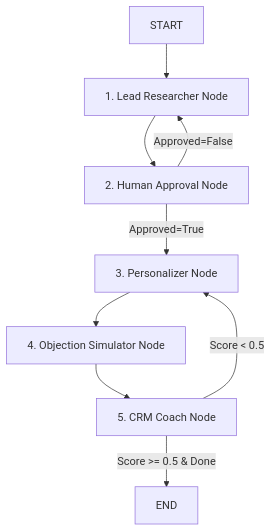
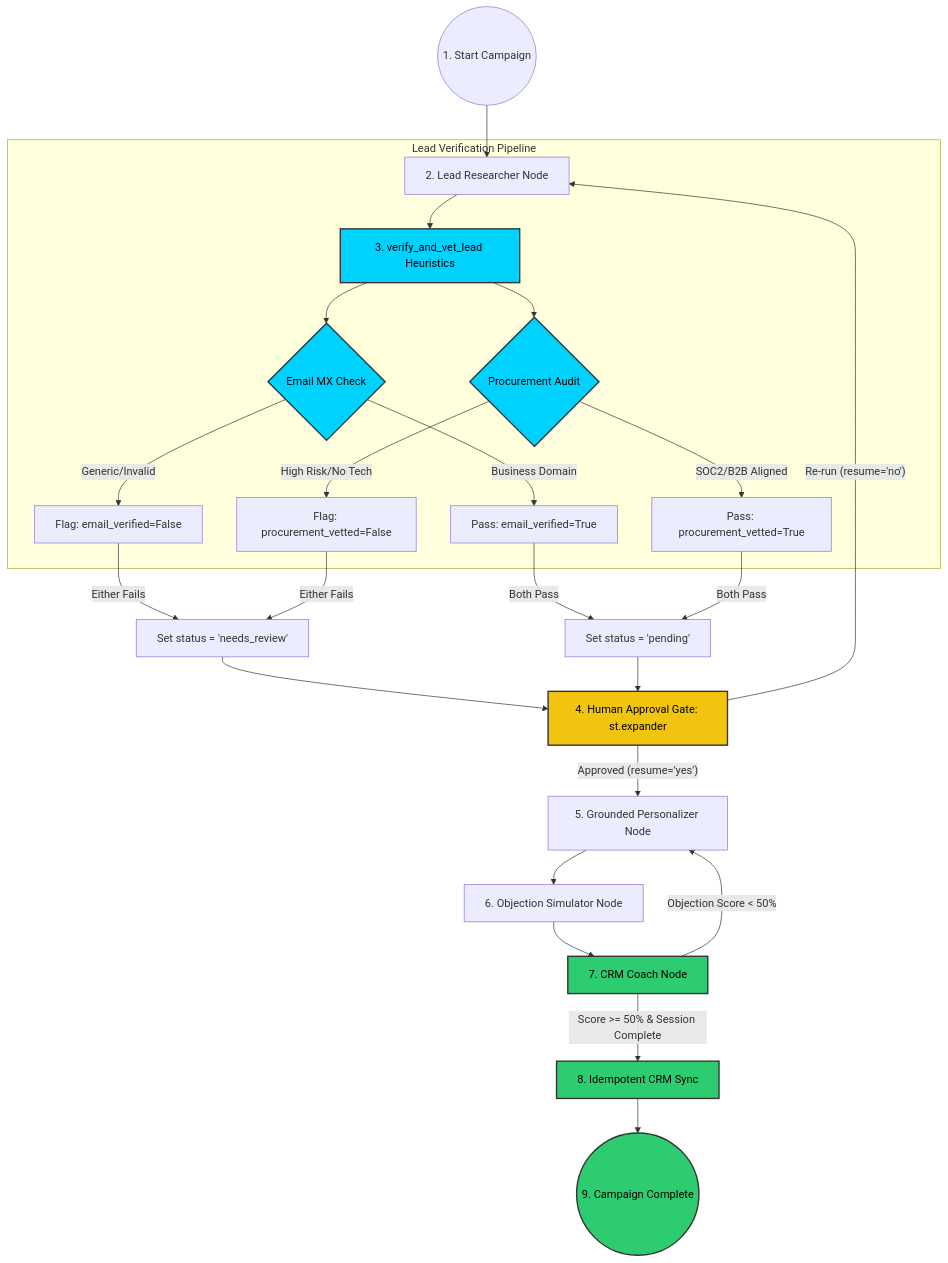
The diagram in README.md (AICODER009/Lead-Accelerator), drawn with Mermaid before and after one commit. The commit also changed other lines of this file, not shown here.

Commit message:
docs: enrich README.md with orchestrator architecture, protocols, and vetting workflows

````diff
--- a/README.md
+++ b/README.md
@@ -79,11 +54,47 @@
 ```mermaid
 graph TD
-    START --> LR[1. Lead Researcher Node]
-    LR --> HA[2. Human Approval Node]
-    HA -- Approved=True --> P[3. Personalizer Node]
-    HA -- Approved=False --> LR
-    P --> OS[4. Objection Simulator Node]
-    OS --> CC[5. CRM Coach Node]
-    CC -- Score < 0.5 --> P
-    CC -- Score >= 0.5 & Done --> END
+    %% Base States
+    START((1. Start Campaign)) --> LR[2. Lead Researcher Node]
+    
+    %% Vetting Sub-Loop
+    subgraph Lead Verification Pipeline
+        LR --> VL[3. verify_and_vet_lead Heuristics]
+        VL --> EM{Email MX Check}
+        VL --> PV{Procurement Audit}
+        
+        EM -->|Generic/Invalid| F1[Flag: email_verified=False]
+        EM -->|Business Domain| P1[Pass: email_verified=True]
+        
+        PV -->|High Risk/No Tech| F2[Flag: procurement_vetted=False]
+        PV -->|SOC2/B2B Aligned| P2[Pass: procurement_vetted=True]
+    end
+    
+    %% Status Assignment
+    F1 & F2 -->|Either Fails| NR[Set status = 'needs_review']
+    P1 & P2 -->|Both Pass| PE[Set status = 'pending']
+    
+    %% Human Gate
+    NR & PE --> HA[4. Human Approval Gate: st.expander]
+    
+    %% Approval Decider
+    HA -- "Re-run (resume='no')" --> LR
+    HA -- "Approved (resume='yes')" --> P[5. Grounded Personalizer Node]
+    
+    %% Personalization & Vetting Loops
+    P --> OS[6. Objection Simulator Node]
+    OS --> CC[7. CRM Coach Node]
+    
+    %% Loop Deciders
+    CC -- "Objection Score < 50%" --> P
+    CC -- "Score >= 50% & Session Complete" --> CRM[8. Idempotent CRM Sync]
+    CRM --> END((9. Campaign Complete))
+
+    %% Colors and Styling
+    classDef validation fill:#00d2ff,stroke:#333,stroke-width:2px,color:#000;
+    classDef gate fill:#f1c40f,stroke:#333,stroke-width:2px,color:#000;
+    classDef finish fill:#2ecc71,stroke:#333,stroke-width:2px,color:#000;
+    
+    class EM,PV,VL validation;
+    class HA gate;
+    class CC,CRM,END finish;
 ```
````
